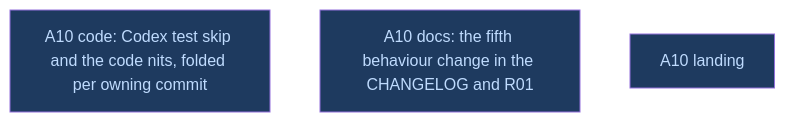
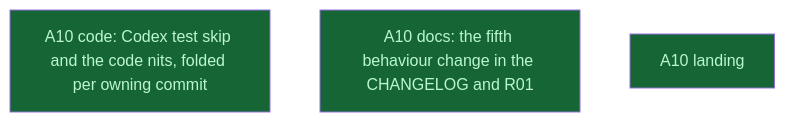
One commit to LittleCoinCoin/hypomnesis changed the diagram in __roadmap__/v0214-sandbox/part1/close/part2/maintainer_review_c/README.md. Above: the diagram before and after it, drawn with Mermaid. The commit also changed other lines of this file and 2 other files, not shown here.

First line of the commit message:
docs(roadmap): mark maintainer_review_c done — PR C's review answered

````diff
--- a/__roadmap__/v0214-sandbox/part1/close/part2/maintainer_review_c/README.md
+++ b/__roadmap__/v0214-sandbox/part1/close/part2/maintainer_review_c/README.md
@@ -18,11 +18,11 @@
 ```mermaid
 graph TD
-    review_code[A10 code: Codex test skip and the code nits, folded per owning commit]:::amendment
-    review_docs[A10 docs: the fifth behaviour change in the CHANGELOG and R01]:::amendment
-    land[A10 landing]:::amendment
+    review_code[A10 code: Codex test skip and the code nits, folded per owning commit]:::done
+    review_docs[A10 docs: the fifth behaviour change in the CHANGELOG and R01]:::done
+    land[A10 landing]:::done
     classDef done       fill:#166534,color:#bbf7d0
     classDef inprogress fill:#854d0e,color:#fef08a
     classDef planned    fill:#374151,color:#e5e7eb
     classDef amendment  fill:#1e3a5f,color:#bfdbfe
     classDef blocked    fill:#7f1d1d,color:#fecaca
 ```
````
